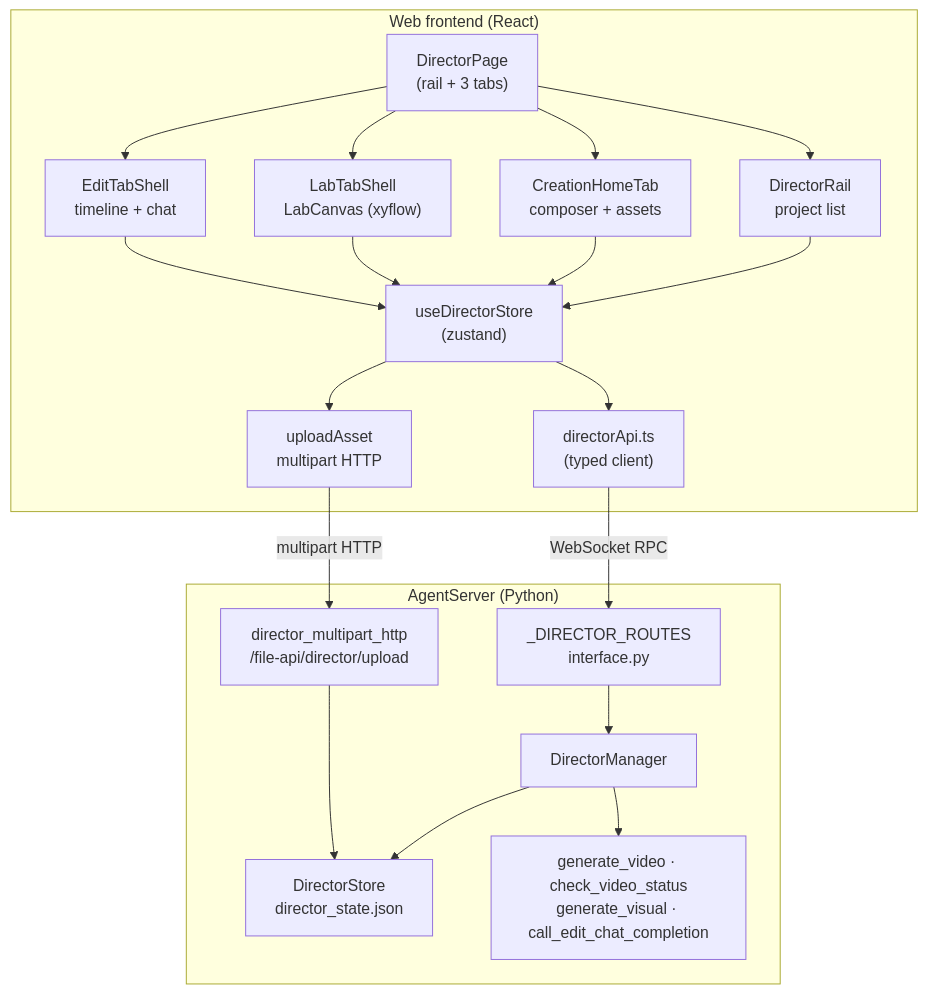
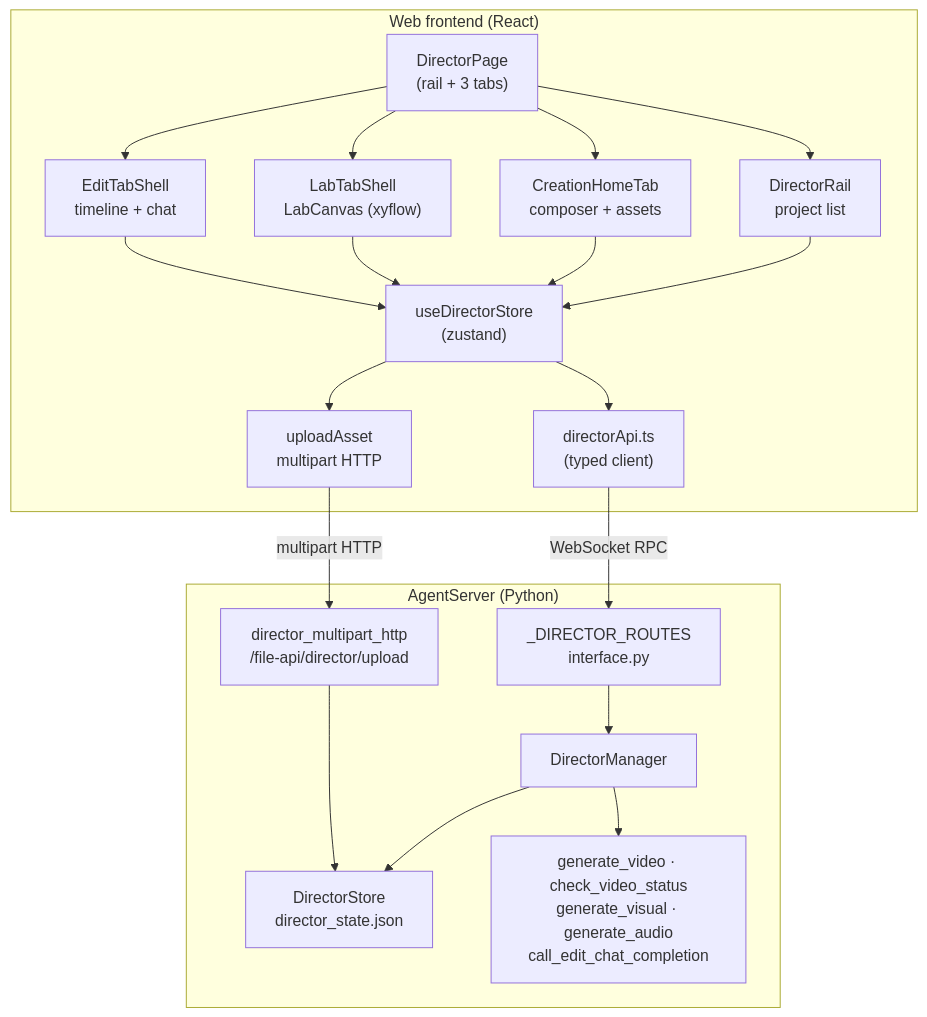
One commit to alexbhyeo/jiuwenswarm changed the first of 2 diagrams in jiuwenswarm/channels/web/frontend/src/features/director/ARCHITECTURE.md. Above: the diagram before and after it, drawn with Mermaid. The commit also changed other lines of this file and 10 other files, not shown here.

````diff
--- a/jiuwenswarm/channels/web/frontend/src/features/director/ARCHITECTURE.md
+++ b/jiuwenswarm/channels/web/frontend/src/features/director/ARCHITECTURE.md
@@ -19,33 +19,33 @@
 ```mermaid
 flowchart TB
   subgraph Browser["Web frontend (React)"]
     Page["DirectorPage<br/>(rail + 3 tabs)"]
     Rail["DirectorRail<br/>project list"]
     Create["CreationHomeTab<br/>composer + assets"]
     Lab["LabTabShell<br/>LabCanvas (xyflow)"]
     Edit["EditTabShell<br/>timeline + chat"]
     Store["useDirectorStore<br/>(zustand)"]
     Api["directorApi.ts<br/>(typed client)"]
     Upload["uploadAsset<br/>multipart HTTP"]
   end
 
   subgraph Server["AgentServer (Python)"]
     Routes["_DIRECTOR_ROUTES<br/>interface.py"]
     Mgr["DirectorManager"]
     Store2["DirectorStore<br/>director_state.json"]
-    Tools["generate_video · check_video_status<br/>generate_visual · call_edit_chat_completion"]
+    Tools["generate_video · check_video_status<br/>generate_visual · generate_audio<br/>call_edit_chat_completion"]
     Http["director_multipart_http<br/>/file-api/director/upload"]
   end
 
   Page --> Rail --> Store
   Page --> Create --> Store
   Page --> Lab --> Store
   Page --> Edit --> Store
   Store --> Api
   Store --> Upload
   Api -->|"WebSocket RPC"| Routes --> Mgr
   Upload -->|"multipart HTTP"| Http
   Mgr --> Store2
   Mgr --> Tools
   Http --> Store2
 ```
````
